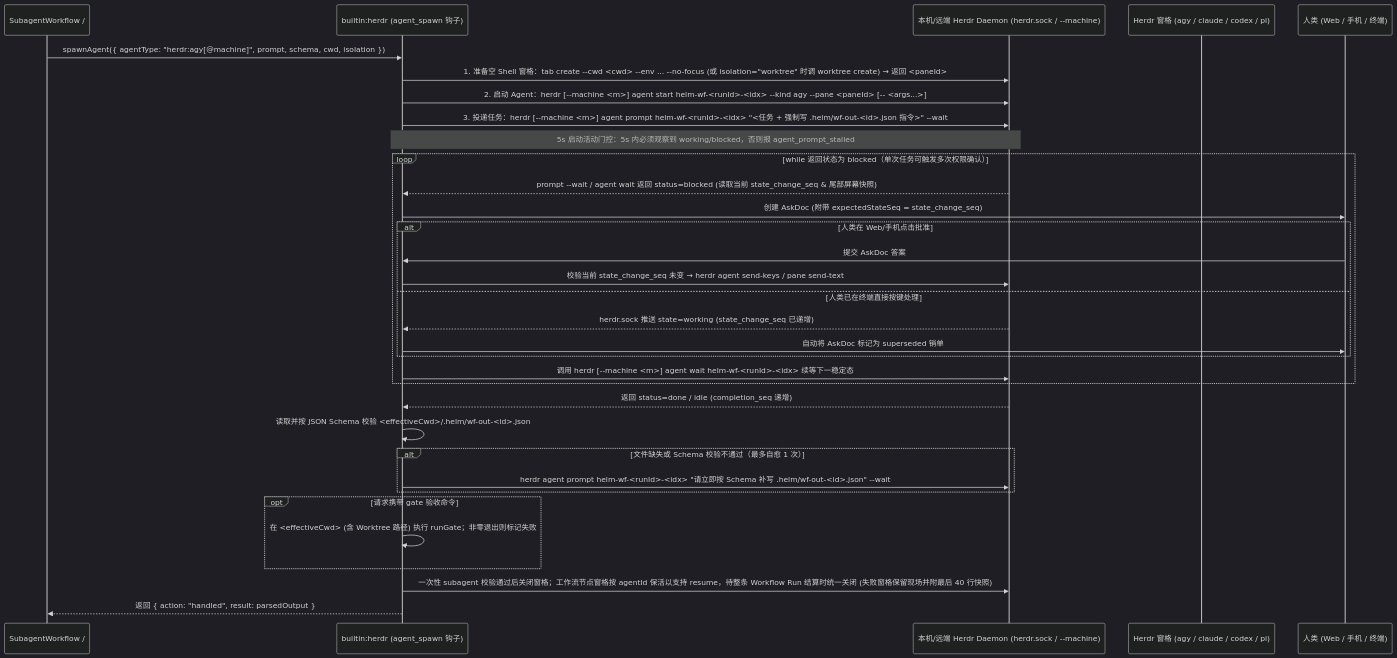
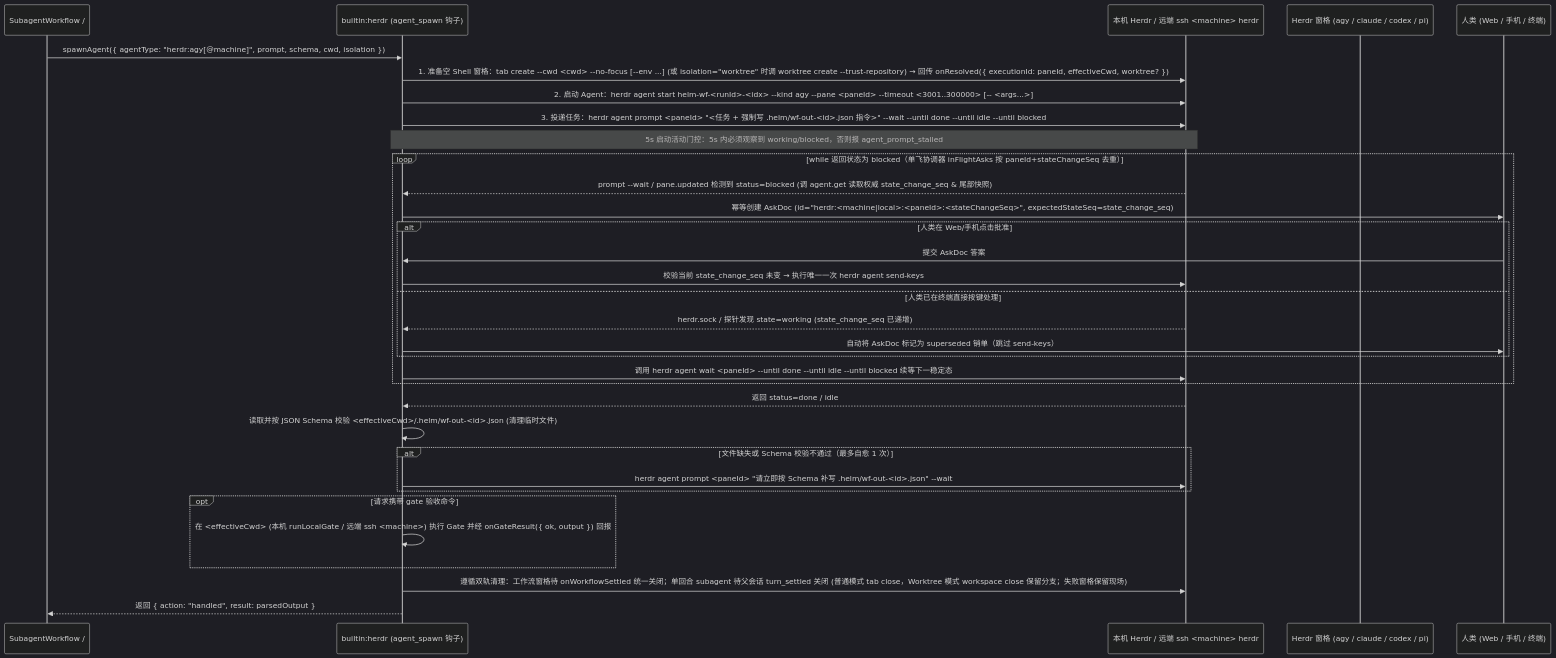
Before and after one commit to team4u/helm: the second of 2 diagrams in docs/20261106 helm极简微内核与双7扩展点设计文档.md, drawn with Mermaid (dark theme). The commit also changed other lines of this file and 35 other files, not shown here.

````diff
--- a/docs/20261106 helm极简微内核与双7扩展点设计文档.md
+++ b/docs/20261106 helm极简微内核与双7扩展点设计文档.md
@@ -311,38 +314,38 @@
 ```mermaid
 sequenceDiagram
     participant WF as SubagentWorkflow / #1 个人助理
     participant Hook as builtin:herdr (agent_spawn 钩子)
-    participant Herdr as 本机/远端 Herdr Daemon (herdr.sock / --machine)
+    participant Herdr as 本机 Herdr / 远端 ssh <machine> herdr
     participant Pane as Herdr 窗格 (agy / claude / codex / pi)
     participant Human as 人类 (Web / 手机 / 终端)
 
     WF->>Hook: spawnAgent({ agentType: "herdr:agy[@machine]", prompt, schema, cwd, isolation })
-    Hook->>Herdr: 1. 准备空 Shell 窗格：tab create --cwd <cwd> --env ... --no-focus (或 isolation="worktree" 时调 worktree create) → 返回 <paneId>
-    Hook->>Herdr: 2. 启动 Agent：herdr [--machine <m>] agent start helm-wf-<runId>-<idx> --kind agy --pane <paneId> [-- <args...>]
-    Hook->>Herdr: 3. 投递任务：herdr [--machine <m>] agent prompt helm-wf-<runId>-<idx> "<任务 + 强制写 .helm/wf-out-<id>.json 指令>" --wait
+    Hook->>Herdr: 1. 准备空 Shell 窗格：tab create --cwd <cwd> --no-focus [--env ...] (或 isolation="worktree" 时调 worktree create --trust-repository) → 回传 onResolved({ executionId: paneId, effectiveCwd, worktree? })
+    Hook->>Herdr: 2. 启动 Agent：herdr agent start helm-wf-<runId>-<idx> --kind agy --pane <paneId> --timeout <3001..300000> [-- <args...>]
+    Hook->>Herdr: 3. 投递任务：herdr agent prompt <paneId> "<任务 + 强制写 .helm/wf-out-<id>.json 指令>" --wait --until done --until idle --until blocked
     Note over Hook,Herdr: 5s 启动活动门控：5s 内必须观察到 working/blocked，否则报 agent_prompt_stalled
 
-    loop while 返回状态为 blocked（单次任务可触发多次权限确认）
-        Herdr-->>Hook: prompt --wait / agent wait 返回 status=blocked (读取当前 state_change_seq & 尾部屏幕快照)
-        Hook->>Human: 创建 AskDoc (附带 expectedStateSeq = state_change_seq)
+    loop while 返回状态为 blocked（单飞协调器 inFlightAsks 按 paneId+stateChangeSeq 去重）
+        Herdr-->>Hook: prompt --wait / pane.updated 检测到 status=blocked (调 agent.get 读取权威 state_change_seq & 尾部快照)
+        Hook->>Human: 幂等创建 AskDoc (id="herdr:<machine|local>:<paneId>:<stateChangeSeq>", expectedStateSeq=state_change_seq)
         alt 人类在 Web/手机点击批准
             Human->>Hook: 提交 AskDoc 答案
-            Hook->>Herdr: 校验当前 state_change_seq 未变 → herdr agent send-keys / pane send-text
+            Hook->>Herdr: 校验当前 state_change_seq 未变 → 执行唯一一次 herdr agent send-keys
         else 人类已在终端直接按键处理
-            Herdr-->>Hook: herdr.sock 推送 state=working (state_change_seq 已递增)
-            Hook->>Human: 自动将 AskDoc 标记为 superseded 销单
+            Herdr-->>Hook: herdr.sock / 探针发现 state=working (state_change_seq 已递增)
+            Hook->>Human: 自动将 AskDoc 标记为 superseded 销单（跳过 send-keys）
         end
-        Hook->>Herdr: 调用 herdr [--machine <m>] agent wait helm-wf-<runId>-<idx> 续等下一稳定态
+        Hook->>Herdr: 调用 herdr agent wait <paneId> --until done --until idle --until blocked 续等下一稳定态
     end
 
-    Herdr-->>Hook: 返回 status=done / idle (completion_seq 递增)
-    Hook->>Hook: 读取并按 JSON Schema 校验 <effectiveCwd>/.helm/wf-out-<id>.json
+    Herdr-->>Hook: 返回 status=done / idle
+    Hook->>Hook: 读取并按 JSON Schema 校验 <effectiveCwd>/.helm/wf-out-<id>.json (清理临时文件)
     alt 文件缺失或 Schema 校验不通过（最多自愈 1 次）
-        Hook->>Herdr: herdr agent prompt helm-wf-<runId>-<idx> "请立即按 Schema 补写 .helm/wf-out-<id>.json" --wait
+        Hook->>Herdr: herdr agent prompt <paneId> "请立即按 Schema 补写 .helm/wf-out-<id>.json" --wait
     end
     opt 请求携带 gate 验收命令
-        Hook->>Hook: 在 <effectiveCwd> (含 Worktree 路径) 执行 runGate；非零退出则标记失败
+        Hook->>Hook: 在 <effectiveCwd> (本机 runLocalGate / 远端 ssh <machine>) 执行 Gate 并经 onGateResult({ ok, output }) 回报
     end
-    Hook->>Herdr: 一次性 subagent 校验通过后关闭窗格；工作流节点窗格按 agentId 保活以支持 resume，待整条 Workflow Run 结算时统一关闭 (失败窗格保留现场并附最后 40 行快照)
+    Hook->>Herdr: 遵循双轨清理：工作流窗格待 onWorkflowSettled 统一关闭；单回合 subagent 待父会话 turn_settled 关闭 (普通模式 tab close，Worktree 模式 workspace close 保留分支；失败窗格保留现场)
     Hook-->>WF: 返回 { action: "handled", result: parsedOutput }
 ```
````
